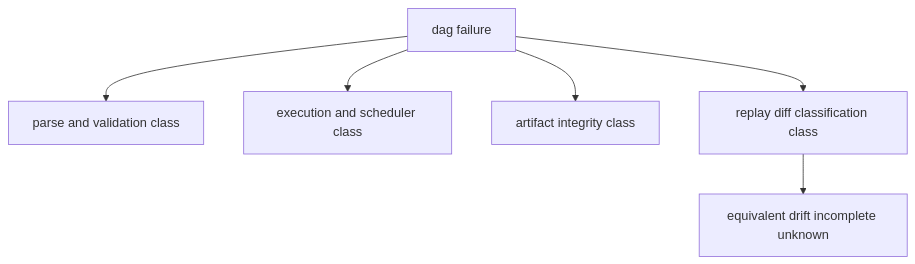
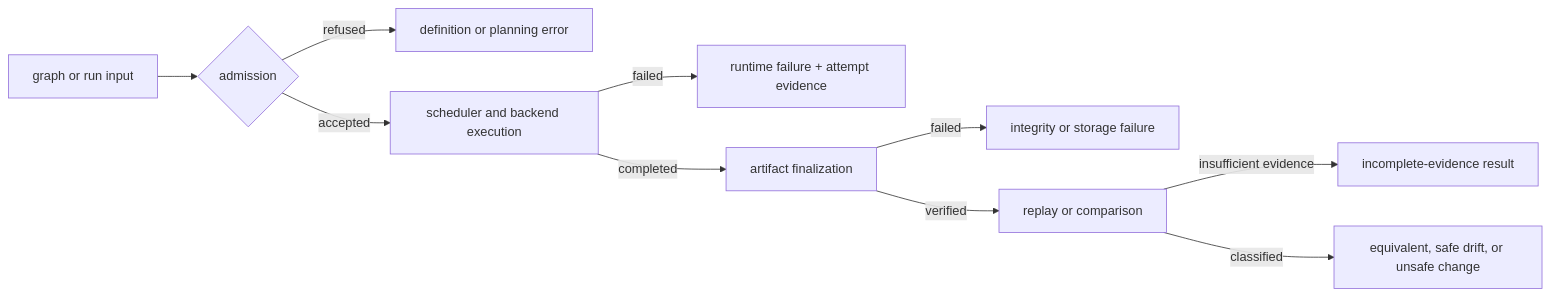
The diagram in docs/bijux-dag/architecture/error-model.md (bijux/bijux-cli), drawn with Mermaid before and after one commit. The commit also changed other lines of this file and 2 other files, not shown here.

Commit message:
docs(runtime): define failure and performance evidence

````diff
--- a/docs/bijux-dag/architecture/error-model.md
+++ b/docs/bijux-dag/architecture/error-model.md
@@ -18,8 +20,12 @@
 ```mermaid
-flowchart TD
-    failure["dag failure"] --> parse["parse and validation class"]
-    failure --> runtime["execution and scheduler class"]
-    failure --> artifact["artifact integrity class"]
-    failure --> classify["replay diff classification class"]
-    classify --> outcomes["equivalent drift incomplete unknown"]
+flowchart LR
+    input["graph or run input"] --> admission{"admission"}
+    admission -->|refused| definition["definition or planning error"]
+    admission -->|accepted| execution["scheduler and backend execution"]
+    execution -->|failed| runtime["runtime failure + attempt evidence"]
+    execution -->|completed| persistence["artifact finalization"]
+    persistence -->|failed| integrity["integrity or storage failure"]
+    persistence -->|verified| compare["replay or comparison"]
+    compare -->|insufficient evidence| incomplete["incomplete-evidence result"]
+    compare -->|classified| outcome["equivalent, safe drift, or unsafe change"]
 ```
````
